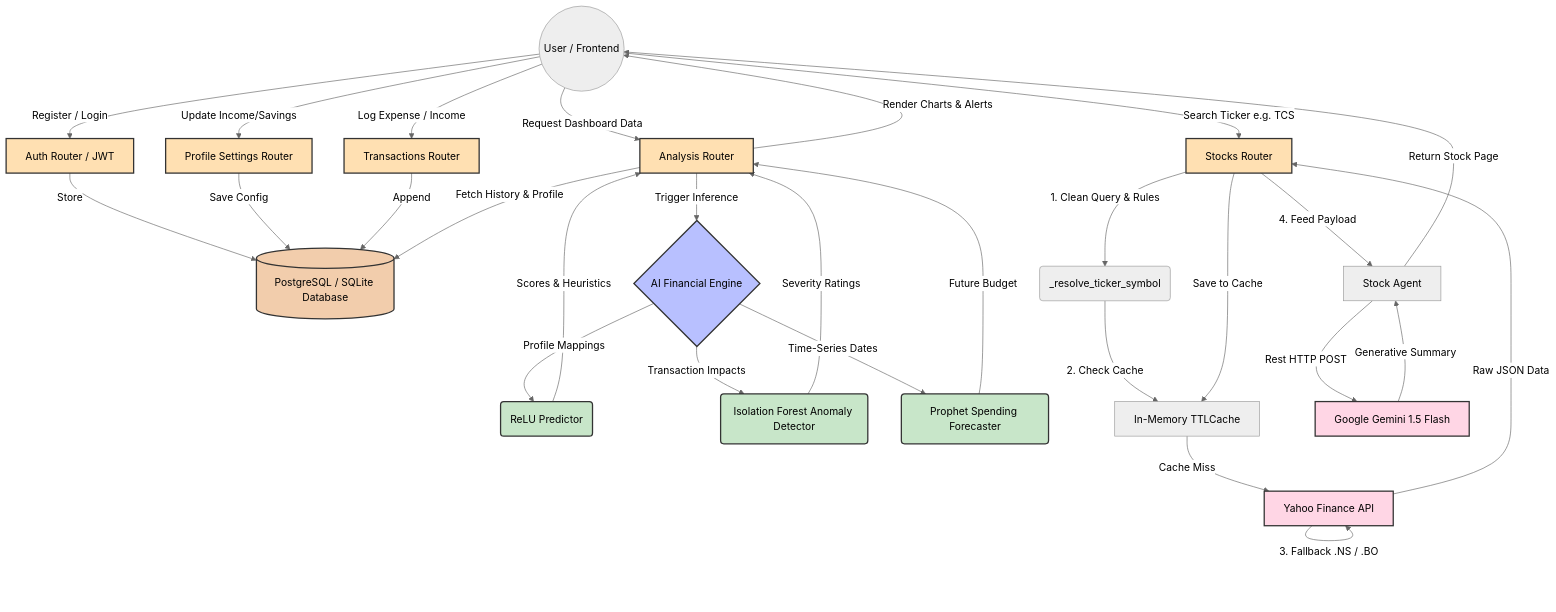
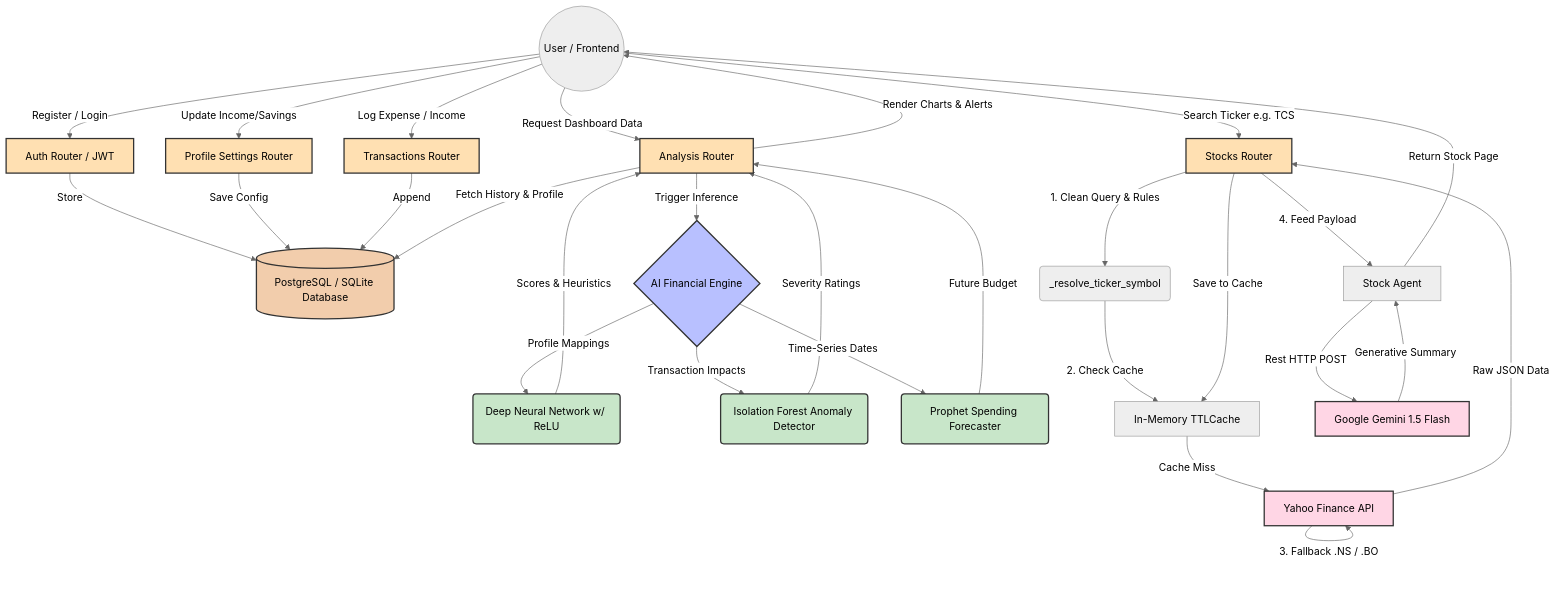
The first of 2 diagrams in WORKFLOWS.md (gunashekar2253/jenkin), drawn with Mermaid (neutral theme) before and after one commit. The commit also changed other lines of this file, not shown here.

````diff
--- a/WORKFLOWS.md
+++ b/WORKFLOWS.md
@@ -11,61 +11,61 @@
 ```mermaid
 graph TD
     %% Core User Actions
     Client((User / Frontend))
     
     %% Auth & Profile
     Client -->|Register / Login| AuthRouter[Auth Router / JWT]
     AuthRouter -->|Store| DB[(PostgreSQL / SQLite Database)]
     Client -->|Update Income/Savings| ProfileRouter[Profile Settings Router]
     ProfileRouter -->|Save Config| DB
     
     %% Transactions
     Client -->|Log Expense / Income| TxnRouter[Transactions Router]
     TxnRouter -->|Append| DB
     
     %% Financial Analysis & Dashboard
     Client -->|Request Dashboard Data| DashboardRouter[Analysis Router]
     DashboardRouter -->|Fetch History & Profile| DB
     
     %% Core ML Inference Layer
     DashboardRouter -->|Trigger Inference| MLEngine{AI Financial Engine}
     
-    MLEngine -->|Profile Mappings| RiskModel(ReLU Predictor)
+    MLEngine -->|Profile Mappings| RiskModel(Deep Neural Network w/ ReLU)
     MLEngine -->|Transaction Impacts| AnomalyModel(Isolation Forest Anomaly Detector)
     MLEngine -->|Time-Series Dates| ProphetModel(Prophet Spending Forecaster)
     
     RiskModel -->|Scores & Heuristics| DashboardRouter
     AnomalyModel -->|Severity Ratings| DashboardRouter
     ProphetModel -->|Future Budget| DashboardRouter
     
     DashboardRouter -->|Render Charts & Alerts| Client
 
     %% Stock Analysis Module
     Client -->|Search Ticker e.g. TCS| StockRouter[Stocks Router]
     StockRouter -->|1. Clean Query & Rules| TickerLogic(_resolve_ticker_symbol)
     
     TickerLogic -->|2. Check Cache| Cache[In-Memory TTLCache]
     Cache -->|Cache Miss| YF[Yahoo Finance API]
     YF -->|3. Fallback .NS / .BO| YF
     YF -->|Raw JSON Data| StockRouter
     StockRouter -->|Save to Cache| Cache
     
     StockRouter -->|4. Feed Payload| LLMAgent[Stock Agent]
     LLMAgent -->|Rest HTTP POST| Gemini[Google Gemini 1.5 Flash]
     Gemini -->|Generative Summary| LLMAgent
     LLMAgent -->|Return Stock Page| Client
     
     %% Semantic Styling
     classDef database fill:#f2cdac,stroke:#333,stroke-width:2px;
     classDef engine fill:#b8c0ff,stroke:#333,stroke-width:2px;
     classDef model fill:#c8e6c9,stroke:#333,stroke-width:2px;
     classDef external fill:#ffd6e5,stroke:#333,stroke-width:2px;
     classDef router fill:#ffe0b2,stroke:#333,stroke-width:2px;
     
     class DB database;
     class MLEngine engine;
     class RiskModel,AnomalyModel,ProphetModel model;
     class Gemini,YF external;
     class AuthRouter,ProfileRouter,TxnRouter,DashboardRouter,StockRouter router;
 
 ```
````
